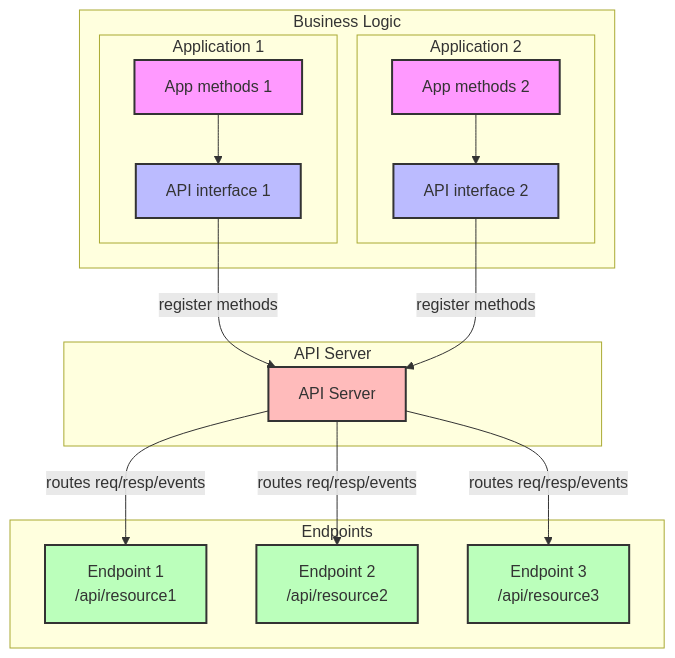
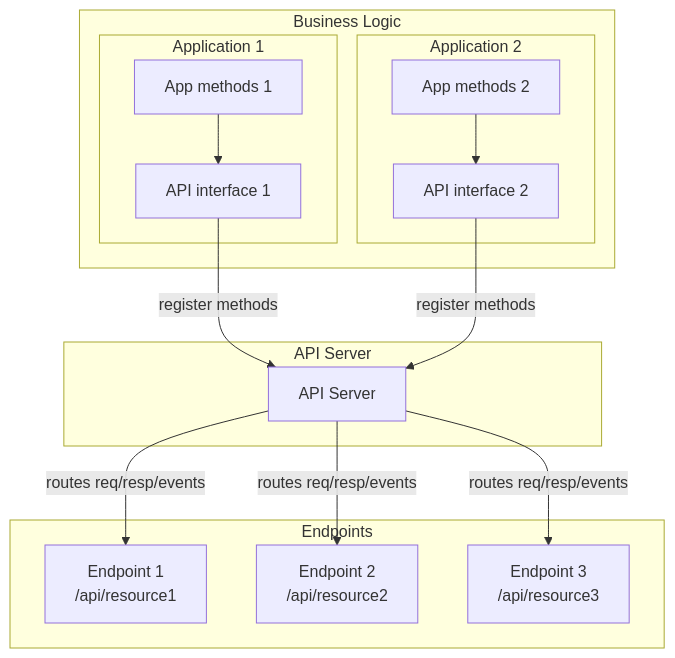
The first of 2 diagrams in lib/APIServer/README.md (pierrejay/esp32-wifi-api-dev), drawn with Mermaid before and after one commit. The commit also changed other lines of this file, not shown here.

Commit message:
Update APIServer docs

````diff
--- a/lib/APIServer/README.md
+++ b/lib/APIServer/README.md
@@ -45,48 +45,42 @@
 ```mermaid
 graph TB
     subgraph "Business Logic"
         subgraph "Application 1"
             BL1[App methods 1]
             API1[API interface 1]
         end
 
         subgraph "Application 2"
             BL2[App methods 2]
             API2[API interface 2]
         end
     end
 
     subgraph "API Server"
         AS[API Server]
     end
 
     subgraph "Endpoints"
         EP1[Endpoint 1<br>/api/resource1]
         EP2[Endpoint 2<br>/api/resource2]
         EP3[Endpoint 3<br>/api/resource3]
     end
 
     %% Connexions Application 1
     BL1 --> API1
     API1 --> |register methods| AS
 
     %% Connexions Application 2
     BL2 --> API2
     API2 --> |register methods| AS
 
     %% Connexions API Server vers Endpoints
     AS --> |routes req/resp/events| EP1
     AS --> |routes req/resp/events| EP2
     AS --> |routes req/resp/events| EP3
 
-    %% Styles
-    classDef businessLogic fill:#f9f,stroke:#333,stroke-width:2px
-    classDef apiInterface fill:#bbf,stroke:#333,stroke-width:2px
-    classDef endpoint fill:#bfb,stroke:#333,stroke-width:2px
-    classDef server fill:#fbb,stroke:#333,stroke-width:2px
-
     class BL1,BL2 businessLogic
     class API1,API2 apiInterface
     class EP1,EP2,EP3 endpoint
     class AS server
 ```
````
